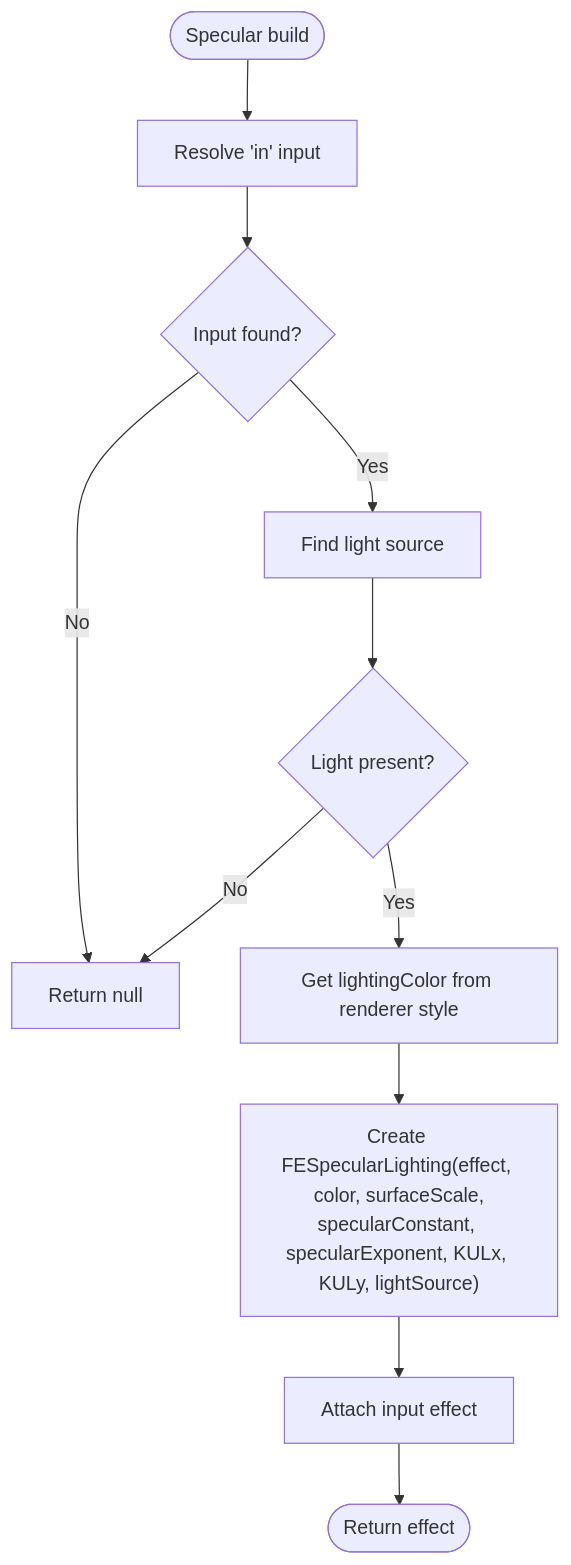
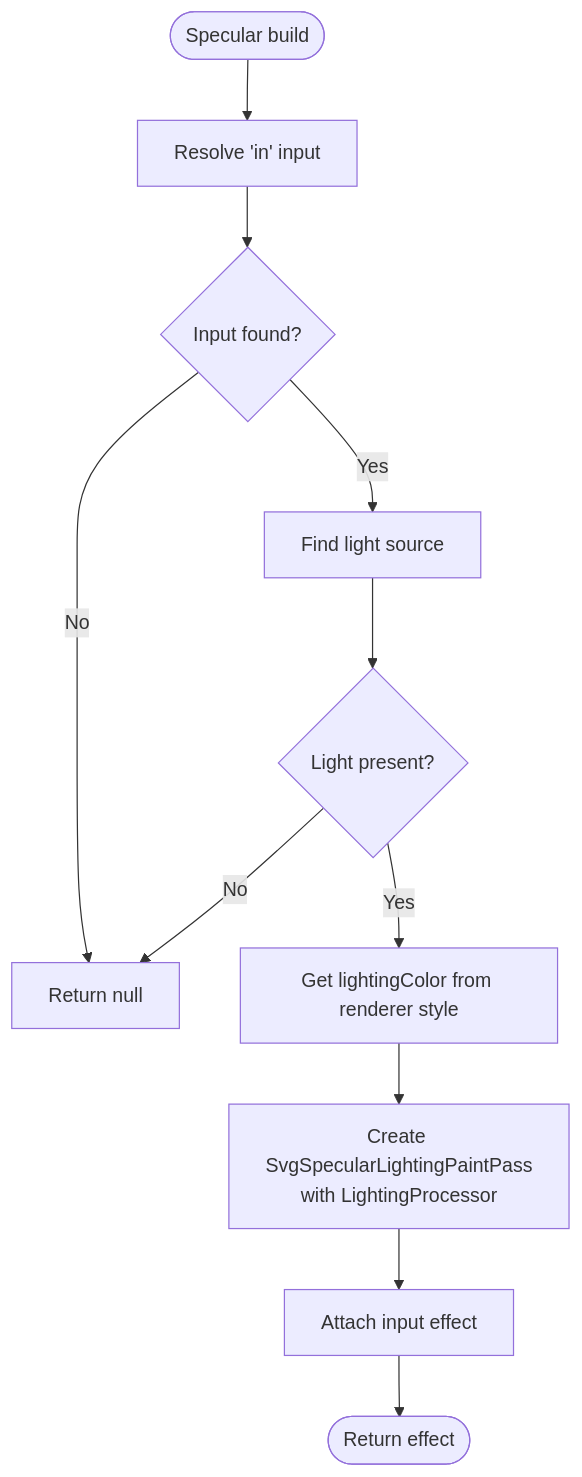
The fifth of 7 diagrams in .qoder/repowiki/en/content/Animated SVG Support/Advanced Animation Features/SVG Filters and Effects/Lighting and Surface Effects/Lighting and Surface Effects.md (denisnadey/flutter_full_svg_support), drawn with Mermaid before and after one commit. The commit also changed other lines of this file and 15 other files, not shown here.

````diff
--- a/.qoder/repowiki/en/content/Animated SVG Support/Advanced Animation Features/SVG Filters and Effects/Lighting and Surface Effects/Lighting and Surface Effects.md
+++ b/.qoder/repowiki/en/content/Animated SVG Support/Advanced Animation Features/SVG Filters and Effects/Lighting and Surface Effects/Lighting and Surface Effects.md
@@ -186,13 +259,13 @@
 ```mermaid
 flowchart TD
 Start(["Specular build"]) --> GetIn["Resolve 'in' input"]
 GetIn --> HasIn{"Input found?"}
 HasIn --> |No| Fail["Return null"]
 HasIn --> |Yes| FindLight["Find light source"]
 FindLight --> HasLight{"Light present?"}
 HasLight --> |No| Fail
 HasLight --> |Yes| GetColor["Get lightingColor from renderer style"]
-GetColor --> CreateEffect["Create FESpecularLighting(effect, color, surfaceScale,<br/>specularConstant, specularExponent, KULx, KULy, lightSource)"]
-CreateEffect --> Attach["Attach input effect"]
+GetColor --> CreatePass["Create SvgSpecularLightingPaintPass<br/>with LightingProcessor"]
+CreatePass --> Attach["Attach input effect"]
 Attach --> Done(["Return effect"])
 ```
````
